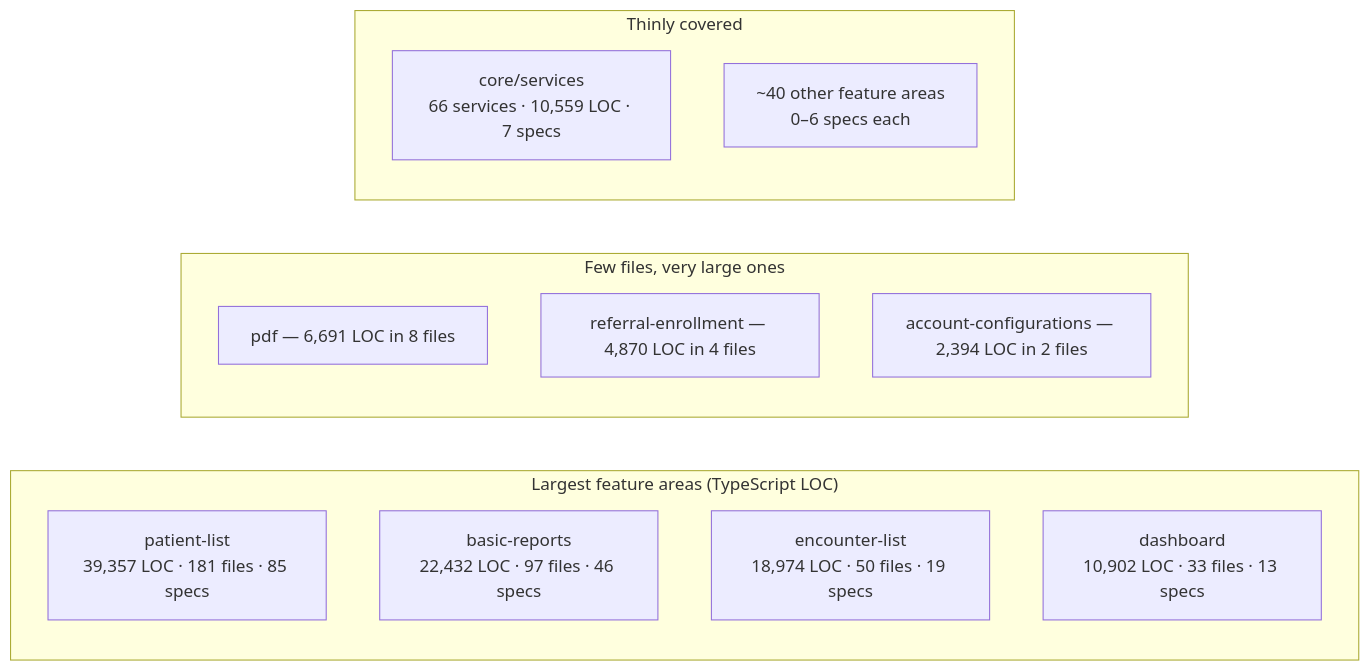
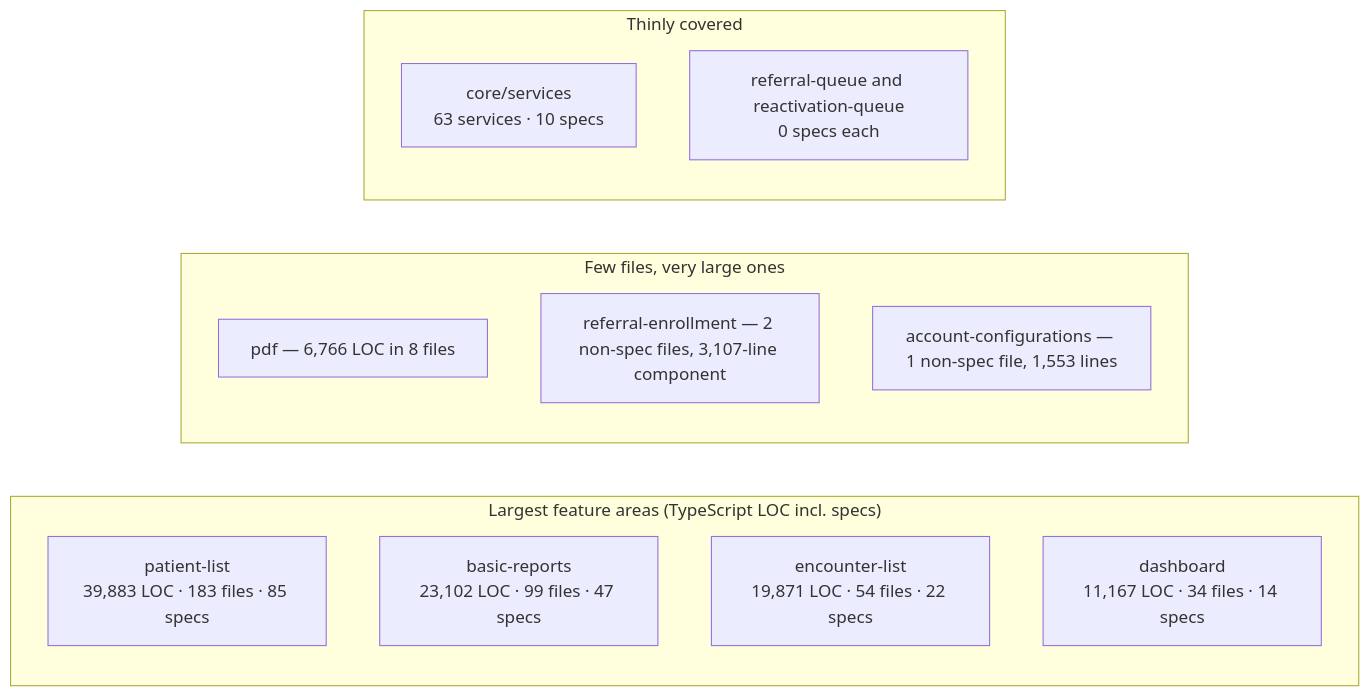
One commit to hemsingh-3PG/sai-systems-AIRE changed the sixth of 6 diagrams in docs/architecture-diagrams/10-spa-feature-areas-deep-dive-diagrams.md. Above: the diagram before and after it, drawn with Mermaid. The commit also changed other lines of this file and 285 other files, not shown here.

````diff
--- a/docs/architecture-diagrams/10-spa-feature-areas-deep-dive-diagrams.md
+++ b/docs/architecture-diagrams/10-spa-feature-areas-deep-dive-diagrams.md
@@ -60,18 +134,18 @@
 ```mermaid
 flowchart LR
-  subgraph Big["Largest feature areas (TypeScript LOC)"]
-    A["patient-list<br/>39,357 LOC · 181 files · 85 specs"]
-    B["basic-reports<br/>22,432 LOC · 97 files · 46 specs"]
-    C["encounter-list<br/>18,974 LOC · 50 files · 19 specs"]
-    D["dashboard<br/>10,902 LOC · 33 files · 13 specs"]
+  subgraph Big["Largest feature areas (TypeScript LOC incl. specs)"]
+    A["patient-list<br/>39,883 LOC · 183 files · 85 specs"]
+    B["basic-reports<br/>23,102 LOC · 99 files · 47 specs"]
+    C["encounter-list<br/>19,871 LOC · 54 files · 22 specs"]
+    D["dashboard<br/>11,167 LOC · 34 files · 14 specs"]
   end
   subgraph Dense["Few files, very large ones"]
-    E["pdf — 6,691 LOC in 8 files"]
-    F["referral-enrollment — 4,870 LOC in 4 files"]
-    G["account-configurations — 2,394 LOC in 2 files"]
+    E["pdf — 6,766 LOC in 8 files"]
+    F["referral-enrollment — 2 non-spec files, 3,107-line component"]
+    G["account-configurations — 1 non-spec file, 1,553 lines"]
   end
   subgraph Thin["Thinly covered"]
-    H["core/services<br/>66 services · 10,559 LOC · 7 specs"]
-    I["~40 other feature areas<br/>0–6 specs each"]
+    H["core/services<br/>63 services · 10 specs"]
+    I["referral-queue and reactivation-queue<br/>0 specs each"]
   end
 ```
````
